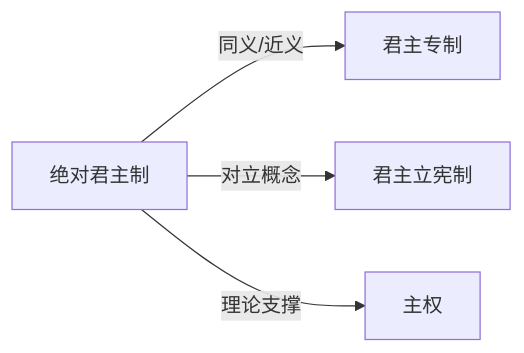
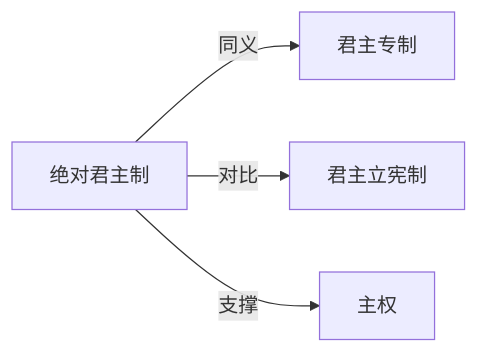
The diagram in Knowledge/Concepts/政治/绝对君主制.md (KIMMCHOW/MyKnowledge), drawn with Mermaid before and after one commit. The commit also changed 95 other files, not shown here.

Commit message:
reorganize: 统一关系图边标签为11类

````diff
--- a/Knowledge/Concepts/政治/绝对君主制.md
+++ b/Knowledge/Concepts/政治/绝对君主制.md
@@ -42,6 +42,6 @@
 ```mermaid
 graph LR
-绝对君主制 -->|同义/近义| 君主专制
-绝对君主制 -->|对立概念| 君主立宪制
-绝对君主制 -->|理论支撑| 主权
+绝对君主制 -->|同义| 君主专制
+绝对君主制 -->|对比| 君主立宪制
+绝对君主制 -->|支撑| 主权
 ```
````
